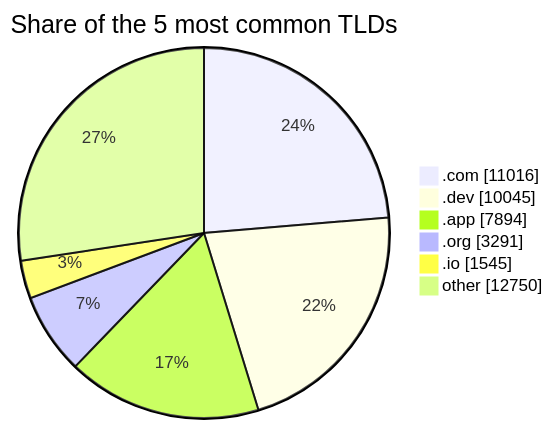
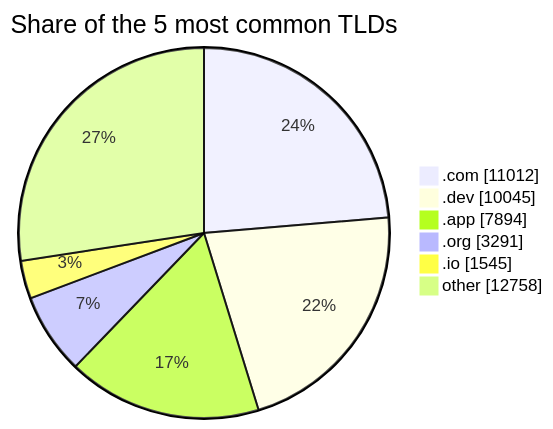
The third of 3 diagrams in README.md (DNSBunker/CTI), drawn with Mermaid before and after one commit. The commit also changed other lines of this file and 3 other files, not shown here.

````diff
--- a/README.md
+++ b/README.md
@@ -81,9 +81,9 @@
 ```mermaid
 pie showData title Share of the 5 most common TLDs
-    ".com" : 11016
+    ".com" : 11012
     ".dev" : 10045
     ".app" : 7894
     ".org" : 3291
     ".io" : 1545
-    "other" : 12750
+    "other" : 12758
 ```
````
